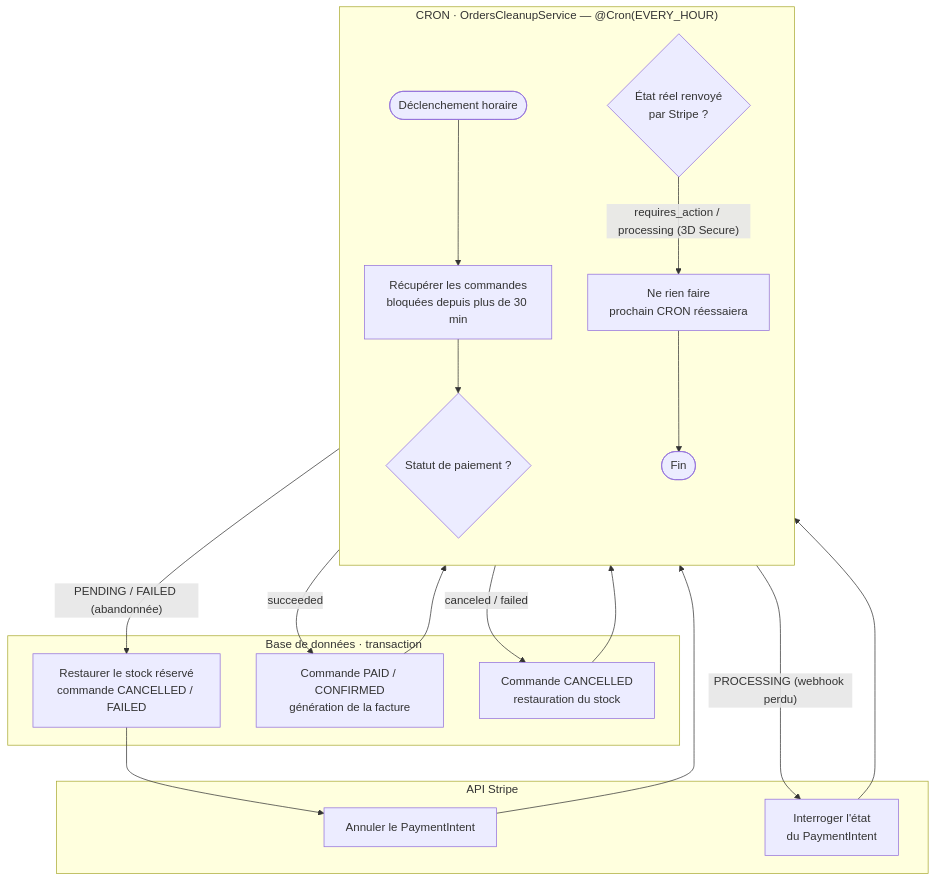
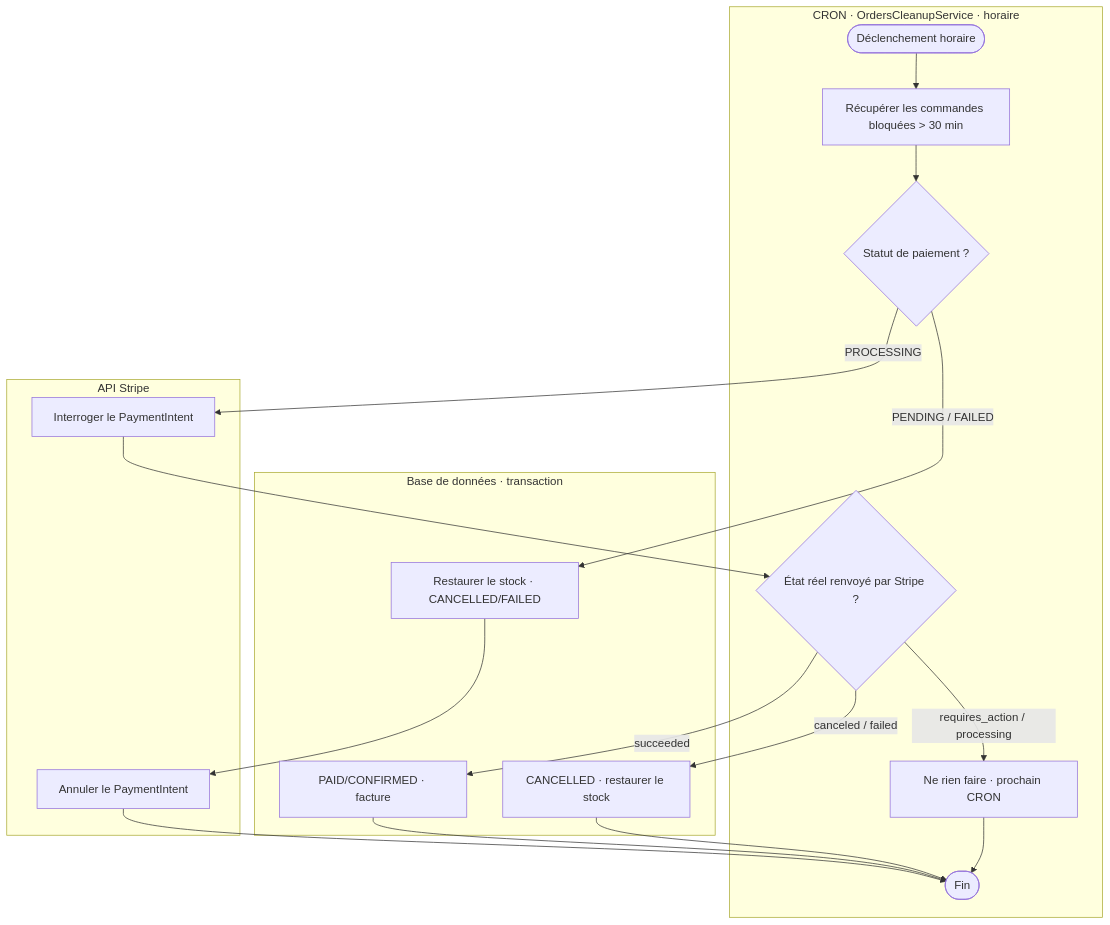
One commit to tonympt/dossier-projet-cda changed the diagram in diagrammes/activite-reconciliation-cron.md. Above: the diagram before and after it, drawn with Mermaid. The commit also changed other lines of this file and 1 other file, not shown here.

Commit message:
docs(diagrammes): activité réconciliation en swimlane-beta (Mermaid natif) + variante PlantUML

````diff
--- a/diagrammes/activite-reconciliation-cron.md
+++ b/diagrammes/activite-reconciliation-cron.md
@@ -8,31 +44,24 @@
 ```mermaid
 flowchart TD
-    subgraph CRON["CRON · OrdersCleanupService — @Cron(EVERY_HOUR)"]
-        direction TB
-        start([Déclenchement horaire]) --> scan[Récupérer les commandes<br/>bloquées depuis plus de 30 min]
+    subgraph CRON["CRON · OrdersCleanupService · horaire"]
+        start([Déclenchement horaire]) --> scan[Récupérer les commandes bloquées &gt; 30 min]
         scan --> dtype{Statut de paiement ?}
-        sdec{État réel renvoyé<br/>par Stripe ?}
-        wait[Ne rien faire<br/>prochain CRON réessaiera]
+        sdec{État réel renvoyé par Stripe ?}
+        wait[Ne rien faire · prochain CRON]
         stop([Fin])
     end
-
     subgraph STRIPE["API Stripe"]
+        queryPI[Interroger le PaymentIntent]
         cancelPI[Annuler le PaymentIntent]
-        queryPI[Interroger l'état<br/>du PaymentIntent]
     end
-
     subgraph BDD["Base de données · transaction"]
-        abandon[Restaurer le stock réservé<br/>commande CANCELLED / FAILED]
-        finalize[Commande PAID / CONFIRMED<br/>génération de la facture]
-        cancelFree[Commande CANCELLED<br/>restauration du stock]
+        abandon[Restaurer le stock · CANCELLED/FAILED]
+        finalize[PAID/CONFIRMED · facture]
+        cancelFree[CANCELLED · restaurer le stock]
     end
-
-    dtype -->|"PENDING / FAILED (abandonnée)"| abandon
-    abandon --> cancelPI --> stop
-
-    dtype -->|"PROCESSING (webhook perdu)"| queryPI
-    queryPI --> sdec
+    dtype -->|"PENDING / FAILED"| abandon --> cancelPI --> stop
+    dtype -->|"PROCESSING"| queryPI --> sdec
     sdec -->|succeeded| finalize --> stop
     sdec -->|"canceled / failed"| cancelFree --> stop
-    sdec -->|"requires_action / processing (3D Secure)"| wait --> stop
+    sdec -->|"requires_action / processing"| wait --> stop
 ```
````
